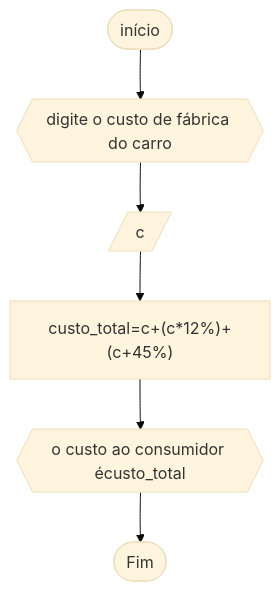
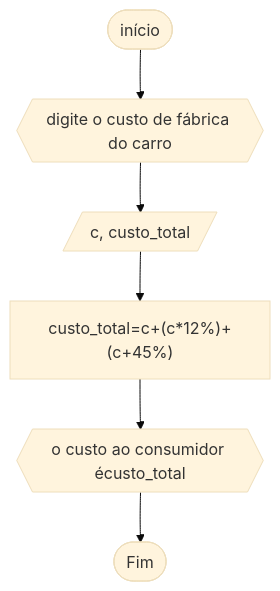
One commit to yeesusu/UNIFOR changed the fourth of 15 diagrams in RLA/RLA2/20exercícios_RLA.md. Above: the diagram before and after it, drawn with Mermaid (base theme). The commit also changed other lines of this file, not shown here.

````diff
--- a/RLA/RLA2/20exercícios_RLA.md
+++ b/RLA/RLA2/20exercícios_RLA.md
@@ -76,8 +76,8 @@
 ```mermaid
 flowchart TD
 A([início])-->B{{"digite o custo de fábrica do carro"}}
-B-->C[/c/]
+B-->C[/c, custo_total/]
 C-->D["custo_total=c+(c*12%)+(c+45%)"]
 D-->G{{"o custo ao consumidor é"custo_total}}
 G-->Z([Fim])
 ```
````
